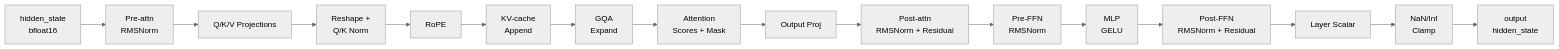
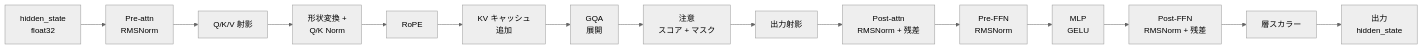
The sixth of 7 diagrams in README.md (babcs2035/distributed-llm), drawn with Mermaid (neutral theme) before and after one commit. The commit also changed other lines of this file and 17 other files, not shown here.

````diff
--- a/README.md
+++ b/README.md
@@ -687,18 +768,17 @@
 ```mermaid
 graph LR
-    A[hidden_state<br/>bfloat16] --> B[Pre-attn<br/>RMSNorm]
-    B --> C[Q/K/V Projections]
-    C --> D[Reshape +<br/>Q/K Norm]
+    A[hidden_state<br/>float32] --> B[Pre-attn<br/>RMSNorm]
+    B --> C[Q/K/V 射影]
+    C --> D[形状変換 +<br/>Q/K Norm]
     D --> E[RoPE]
-    E --> F[KV-cache<br/>Append]
-    F --> G[GQA<br/>Expand]
-    G --> H[Attention<br/>Scores + Mask]
-    H --> I[Output Proj]
-    I --> J[Post-attn<br/>RMSNorm + Residual]
+    E --> F[KV キャッシュ<br/>追加]
+    F --> G[GQA<br/>展開]
+    G --> H[注意<br/>スコア + マスク]
+    H --> I[出力射影]
+    I --> J[Post-attn<br/>RMSNorm + 残差]
     J --> K[Pre-FFN<br/>RMSNorm]
     K --> L[MLP<br/>GELU]
-    L --> M[Post-FFN<br/>RMSNorm + Residual]
-    M --> N[Layer Scalar]
-    N --> O[NaN/Inf<br/>Clamp]
-    O --> P[output<br/>hidden_state]
+    L --> M[Post-FFN<br/>RMSNorm + 残差]
+    M --> N[層スカラー]
+    N --> O[出力<br/>hidden_state]
 ```
````
